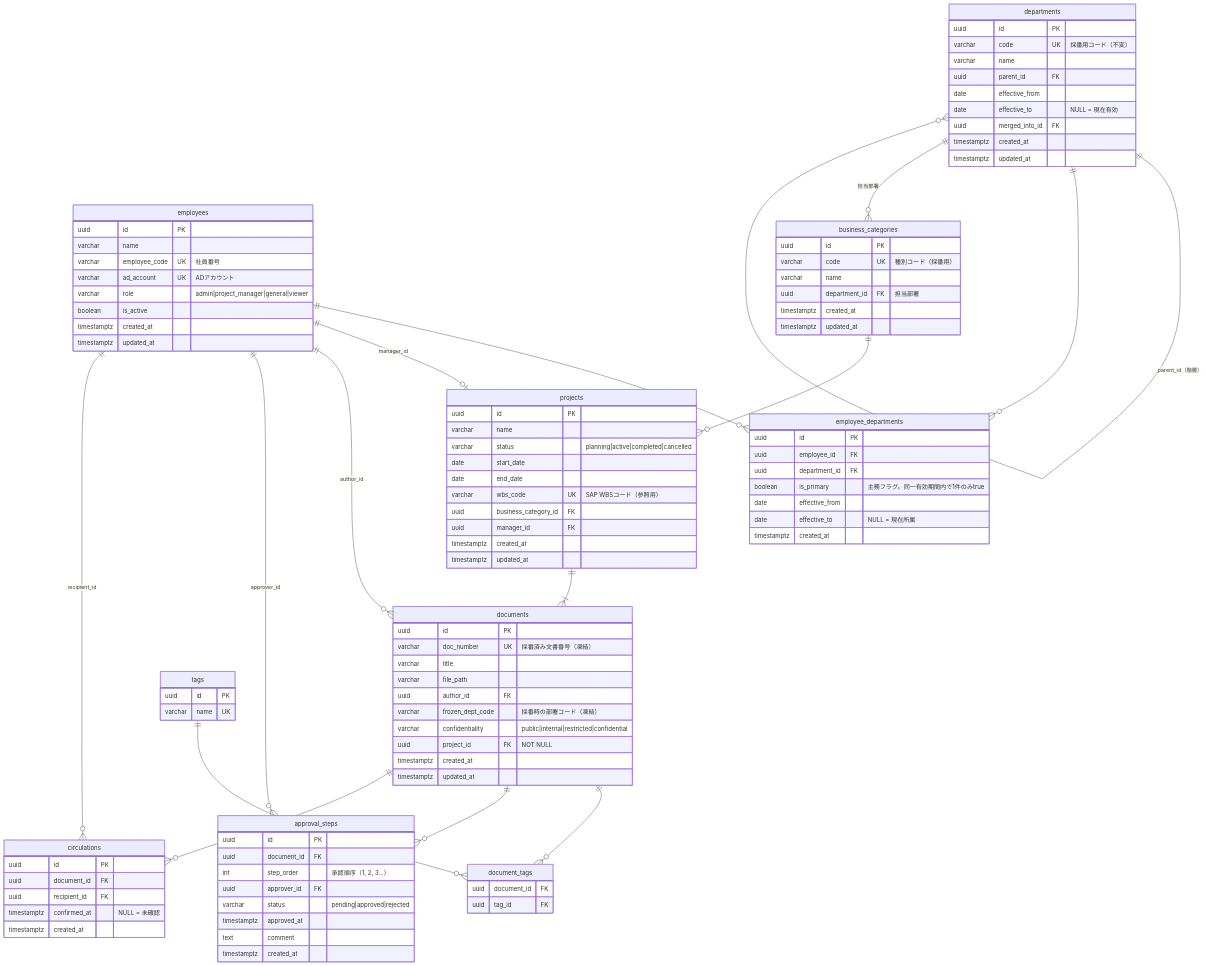
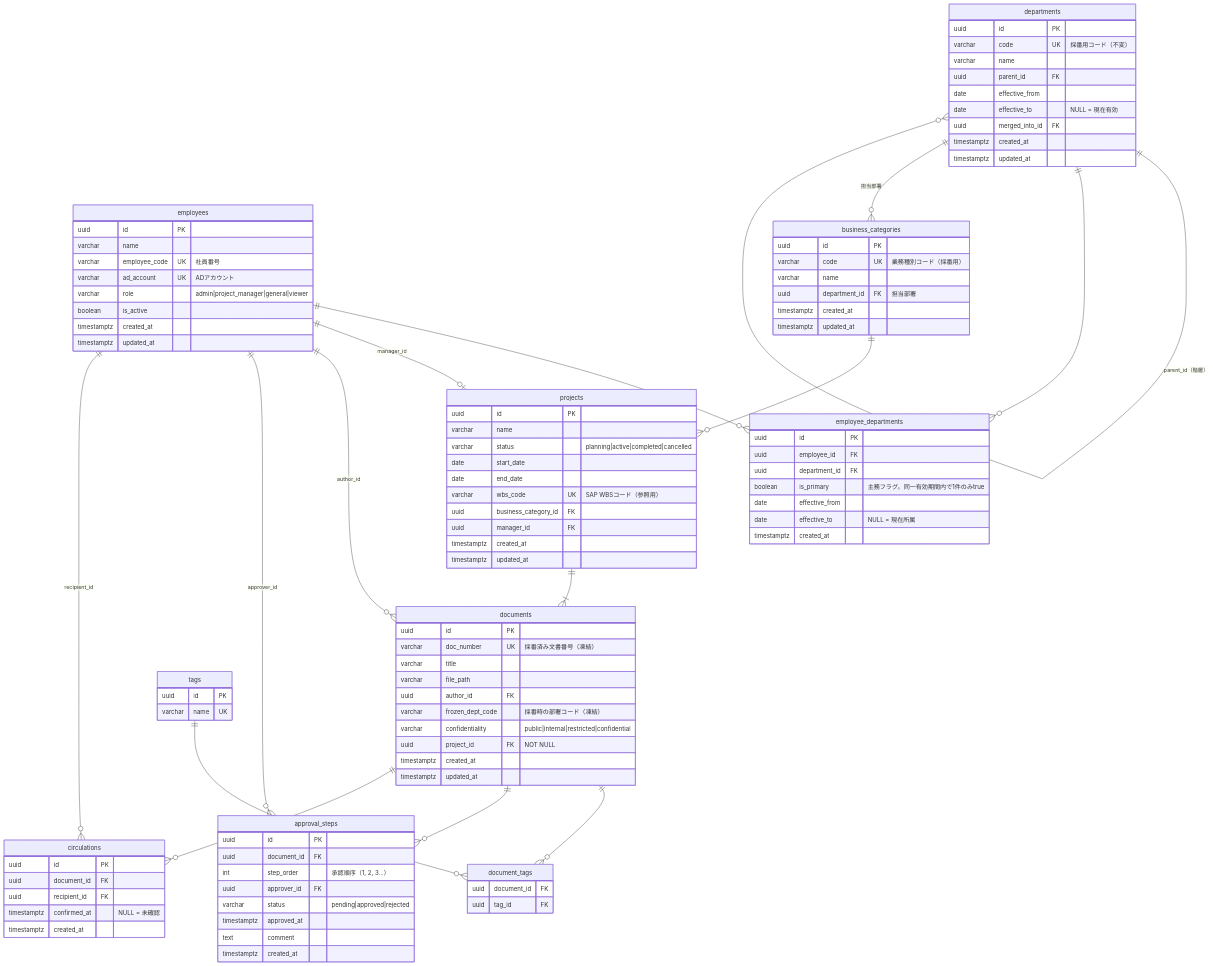
One commit to tagawa0525/doc_man changed the diagram in docs/design/02_er.md. Above: the diagram before and after it, drawn with Mermaid. The commit also changed 2 other files, not shown here.

Commit message:
docs: update terminology for business category codes and document numbering format

```diff
--- a/docs/design/02_er.md
+++ b/docs/design/02_er.md
@@ -41,7 +41,7 @@
 
     business_categories {
         uuid id PK
-        varchar code UK "種別コード（採番用）"
+        varchar code UK "業務種別コード（採番用）"
         varchar name
         uuid department_id FK "担当部署"
         timestamptz created_at
```
